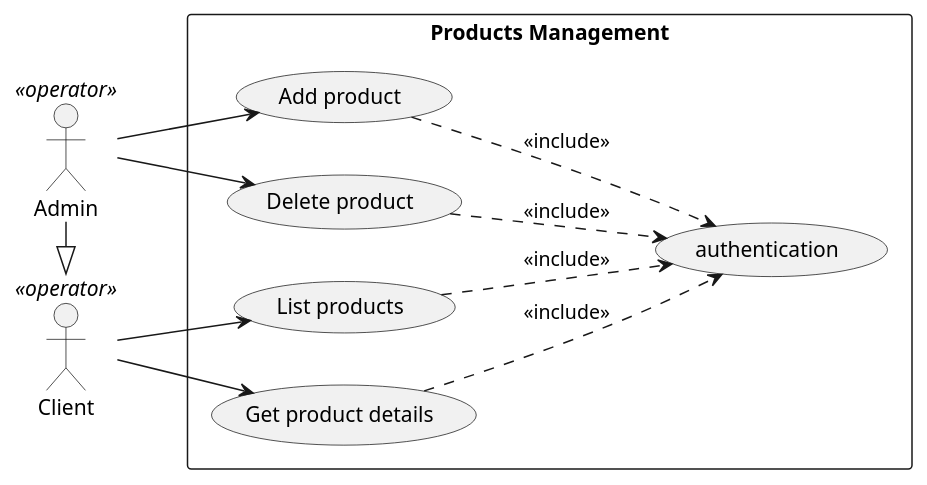
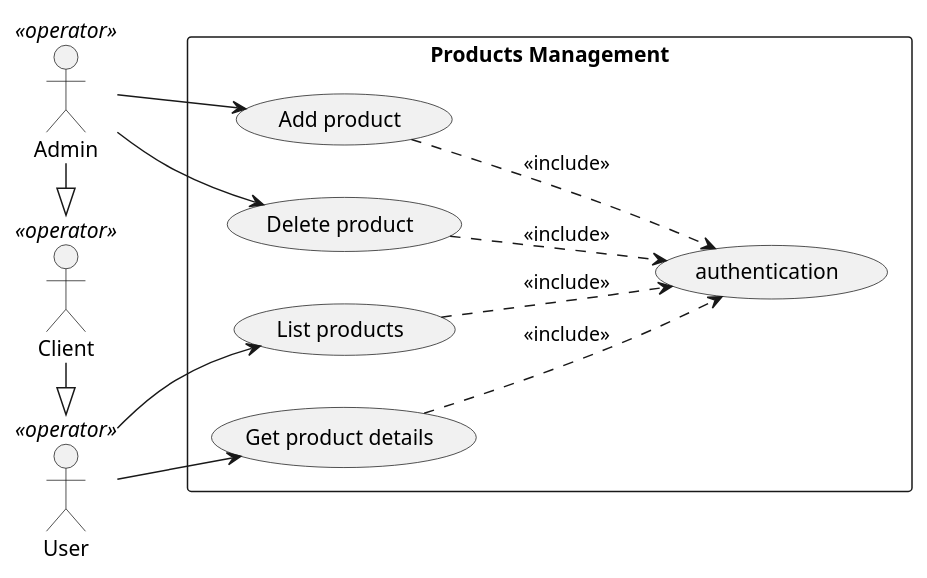
The diagram in diagrams/UseCases/UseCase_ProductsManagement.puml (Xwyk/BileMo), drawn with PlantUML before and after one commit.

Commit message:
Client / User separation

```diff
--- a/diagrams/UseCases/UseCase_ProductsManagement.puml
+++ b/diagrams/UseCases/UseCase_ProductsManagement.puml
@@ -1,26 +1,28 @@
 @startuml
 left to right direction
+User    <<operator>> as user
 Client    <<operator>> as client
 Admin    <<operator>> as admin
 
 
 rectangle "Products Management" {
   (List products) as listProducts
   (Add product) as addProduct
   (Delete product) as delProduct
   (Get product details) as getDetails
   (authentication) as auth
 }
 
-client --> listProducts
-client --> getDetails
+user --> listProducts
+user --> getDetails
 admin --> addProduct
 admin --> delProduct
 
 listProducts ..> auth : <<include>>
 getDetails ..> auth : <<include>>
 addProduct ..> auth : <<include>>
 delProduct ..> auth : <<include>>
 
 admin -|> client
+client -|> user
 @enduml
```
